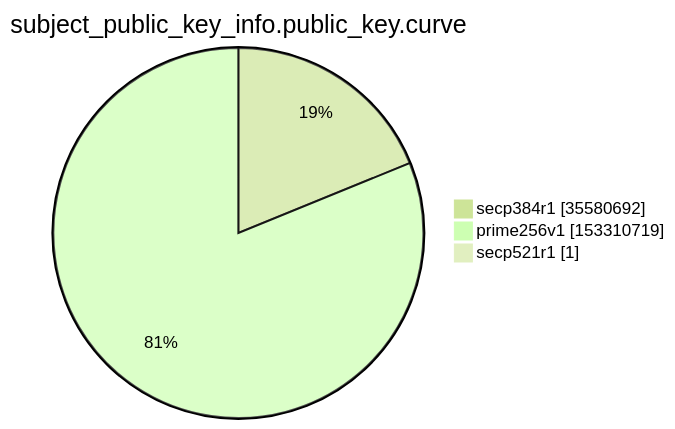
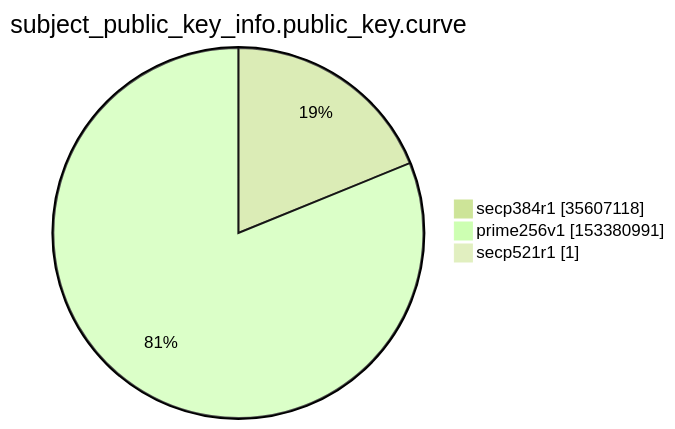
Before and after one commit to christiankrug/ctmonitor_visualization: the ninth of 15 diagrams in argon2022/README.md, drawn with Mermaid (forest theme). The commit also changed other lines of this file, not shown here.

````diff
--- a/argon2022/README.md
+++ b/argon2022/README.md
@@ -2765,7 +2765,7 @@
 ```mermaid
 pie showData
 title subject_public_key_info.public_key.curve
-"secp384r1" :35580692
-"prime256v1" :153310719
+"secp384r1" :35607118
+"prime256v1" :153380991
 "secp521r1" :1
 ```
````
